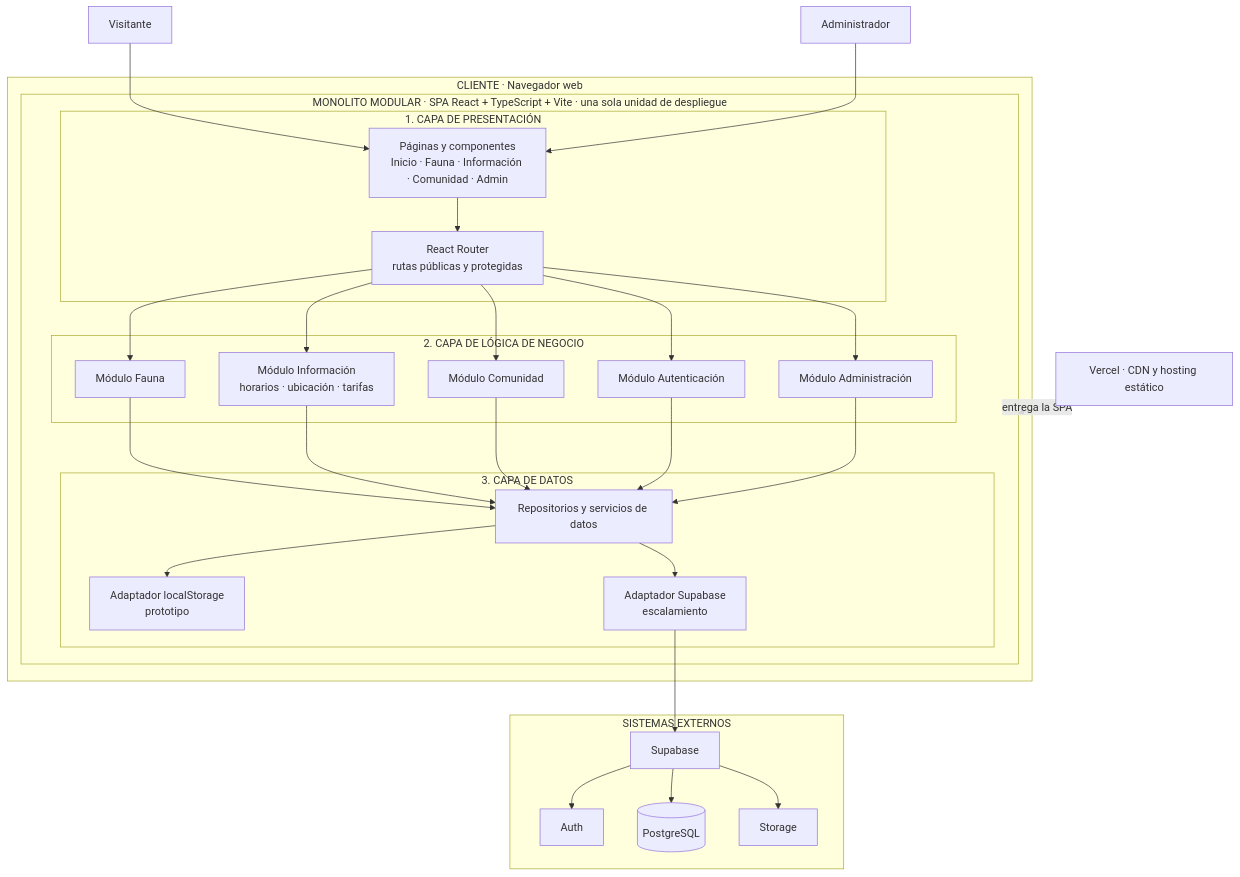
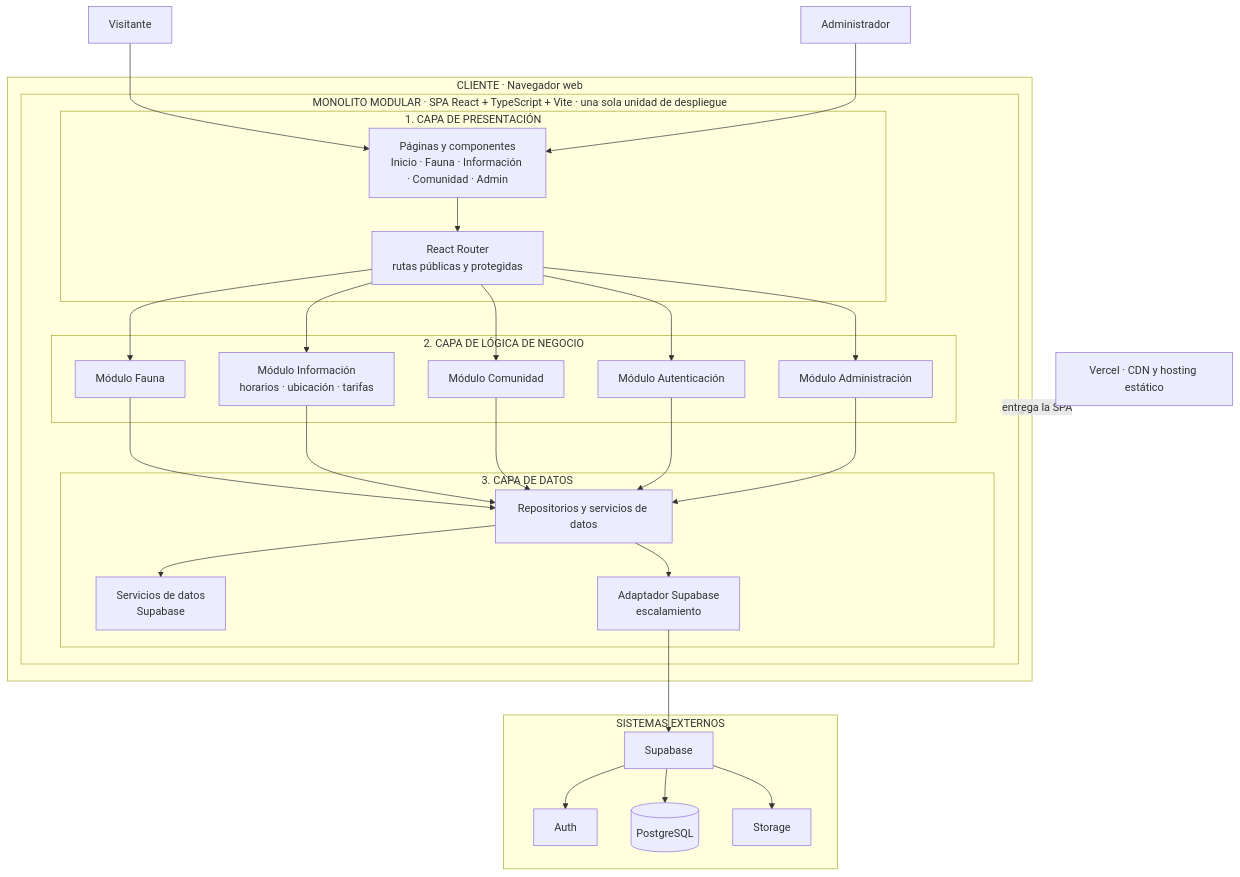
Before and after one commit to gian-sosa/zoologico: the diagram in README.md, drawn with Mermaid. The commit also changed other lines of this file and 233 other files, not shown here.

````diff
--- a/README.md
+++ b/README.md
@@ -225,64 +225,64 @@
 ```mermaid
 flowchart TB
     V["Visitante"]
     A["Administrador"]
 
     subgraph CLIENTE["CLIENTE · Navegador web"]
         subgraph SPA["MONOLITO MODULAR · SPA React + TypeScript + Vite · una sola unidad de despliegue"]
 
             subgraph P["1. CAPA DE PRESENTACIÓN"]
                 UI["Páginas y componentes<br/>Inicio · Fauna · Información · Comunidad · Admin"]
                 RT["React Router<br/>rutas públicas y protegidas"]
             end
 
             subgraph N["2. CAPA DE LÓGICA DE NEGOCIO"]
                 MF["Módulo Fauna"]
                 MI["Módulo Información<br/>horarios · ubicación · tarifas"]
                 MC["Módulo Comunidad"]
                 MA["Módulo Autenticación"]
                 MD["Módulo Administración"]
             end
 
             subgraph D["3. CAPA DE DATOS"]
                 REPO["Repositorios y servicios de datos"]
-                LS["Adaptador localStorage<br/>prototipo"]
+                LS["Servicios de datos<br/>Supabase"]
                 SB["Adaptador Supabase<br/>escalamiento"]
             end
         end
     end
 
     subgraph EXT["SISTEMAS EXTERNOS"]
         SUPA["Supabase"]
         AUTHS["Auth"]
         DB[("PostgreSQL")]
         STO["Storage"]
     end
 
     HOST["Vercel · CDN y hosting estático"]
 
     V --> UI
     A --> UI
 
     UI --> RT
     RT --> MF
     RT --> MI
     RT --> MC
     RT --> MA
     RT --> MD
 
     MF --> REPO
     MI --> REPO
     MC --> REPO
     MA --> REPO
     MD --> REPO
 
     REPO --> LS
     REPO --> SB
 
     SB --> SUPA
     SUPA --> AUTHS
     SUPA --> DB
     SUPA --> STO
 
     HOST -. "entrega la SPA" .-> SPA
 ```
````
